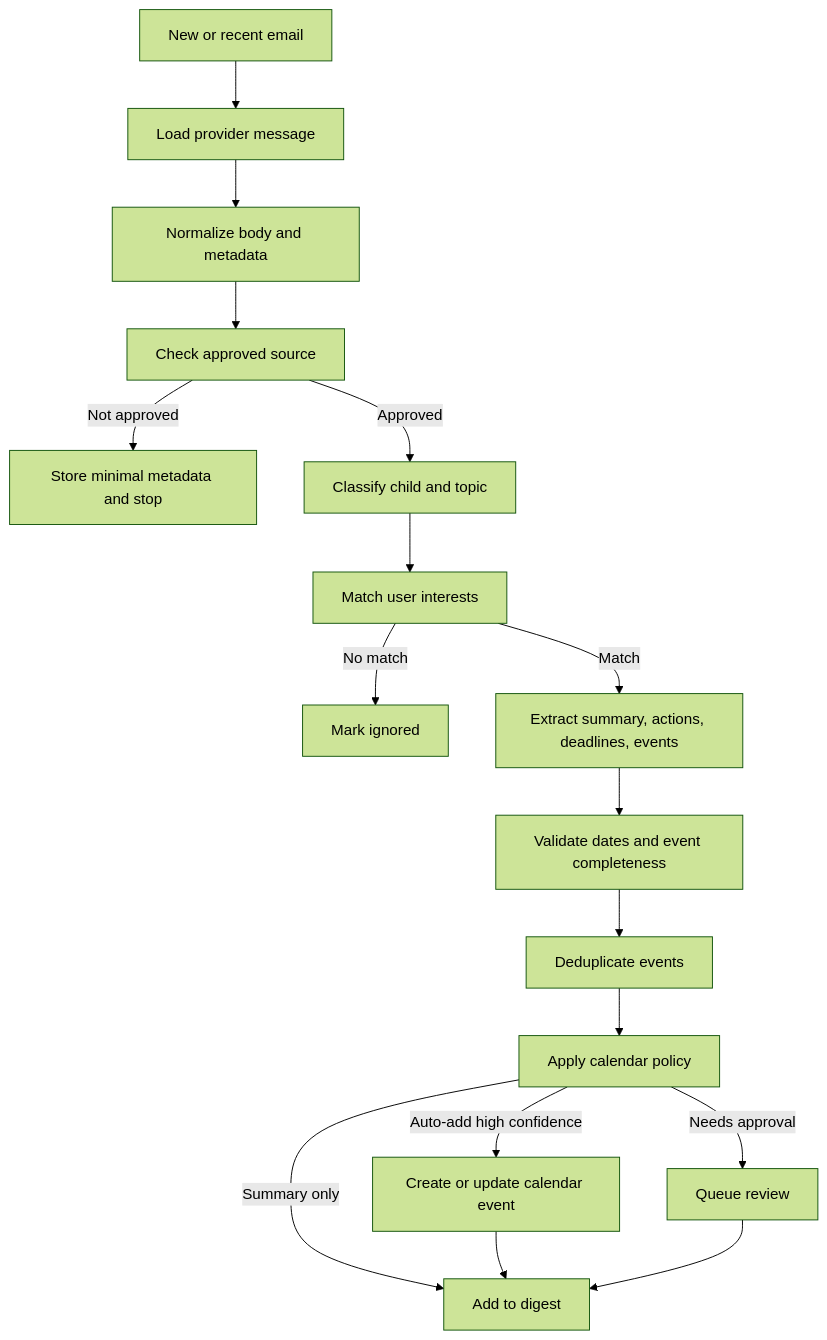
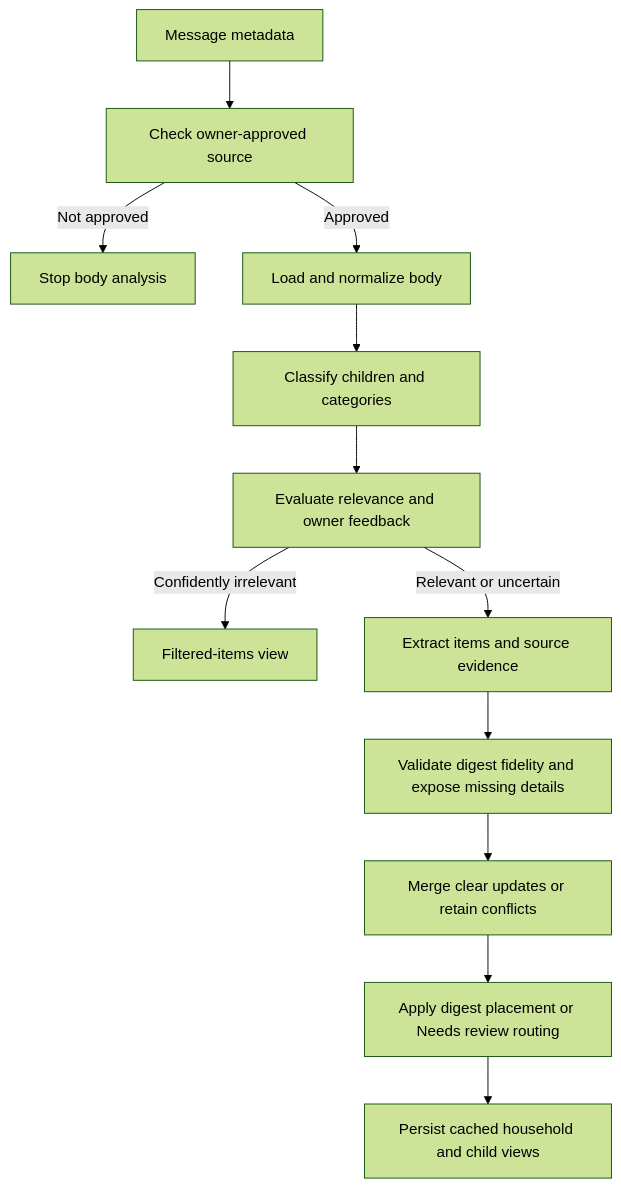
Before and after one commit to kid-scheduler/school-email-assistant: the first of 3 diagrams in docs/langgraph-workflows.md, drawn with Mermaid (forest theme). The commit also changed other lines of this file and 20 other files, not shown here.

````diff
--- a/docs/langgraph-workflows.md
+++ b/docs/langgraph-workflows.md
@@ -15,19 +15,14 @@
 ```mermaid
 flowchart TD
-  A["New or recent email"] --> B["Load provider message"]
-  B --> C["Normalize body and metadata"]
-  C --> D["Check approved source"]
-  D -->|Not approved| E["Store minimal metadata and stop"]
-  D -->|Approved| F["Classify child and topic"]
-  F --> G["Match user interests"]
-  G -->|No match| H["Mark ignored"]
-  G -->|Match| I["Extract summary, actions, deadlines, events"]
-  I --> J["Validate dates and event completeness"]
-  J --> K["Deduplicate events"]
-  K --> L["Apply calendar policy"]
-  L -->|Summary only| M["Add to digest"]
-  L -->|Needs approval| N["Queue review"]
-  L -->|Auto-add high confidence| O["Create or update calendar event"]
-  O --> M
-  N --> M
+  A["Message metadata"] --> B["Check owner-approved source"]
+  B -->|Not approved| C["Stop body analysis"]
+  B -->|Approved| D["Load and normalize body"]
+  D --> E["Classify children and categories"]
+  E --> F["Evaluate relevance and owner feedback"]
+  F -->|Confidently irrelevant| G["Filtered-items view"]
+  F -->|Relevant or uncertain| H["Extract items and source evidence"]
+  H --> I["Validate digest fidelity and expose missing details"]
+  I --> J["Merge clear updates or retain conflicts"]
+  J --> K["Apply digest placement or Needs review routing"]
+  K --> L["Persist cached household and child views"]
 ```
````
